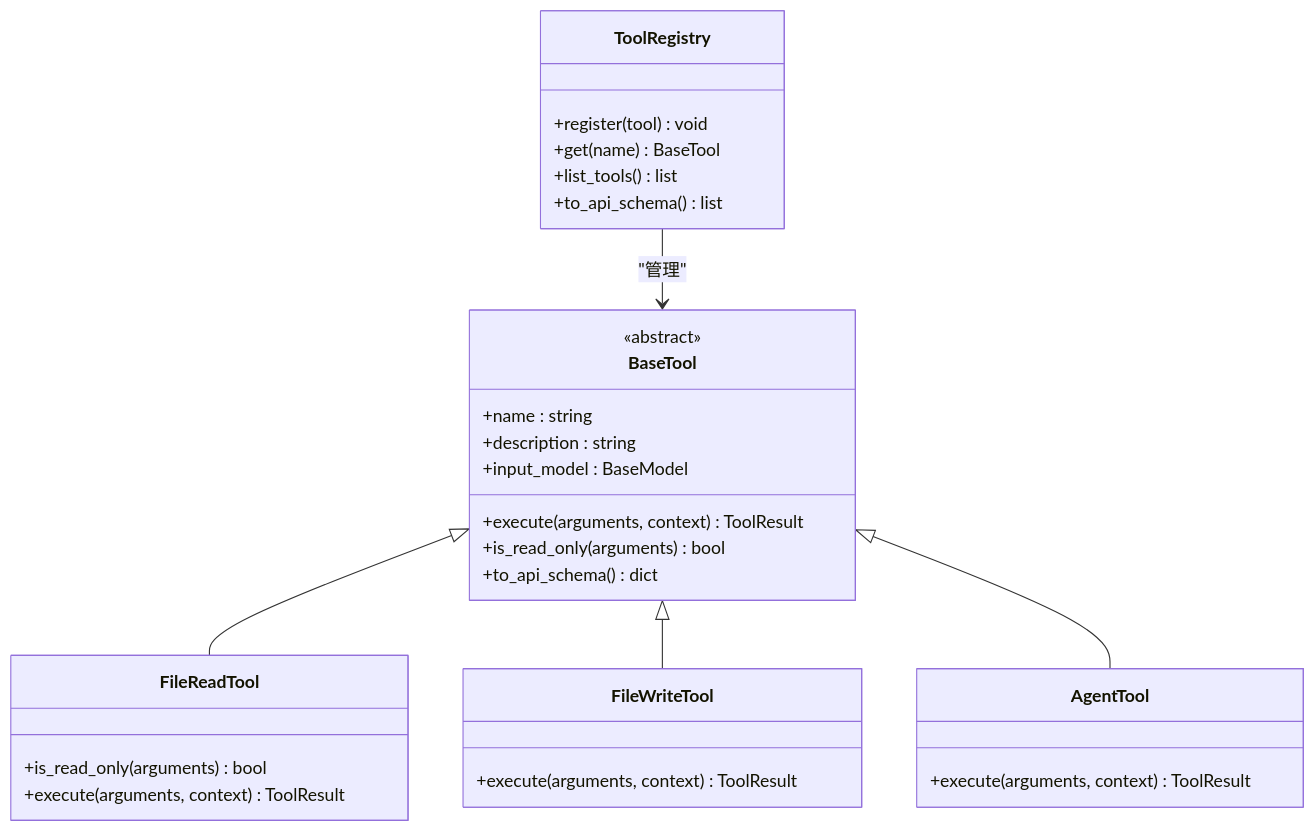
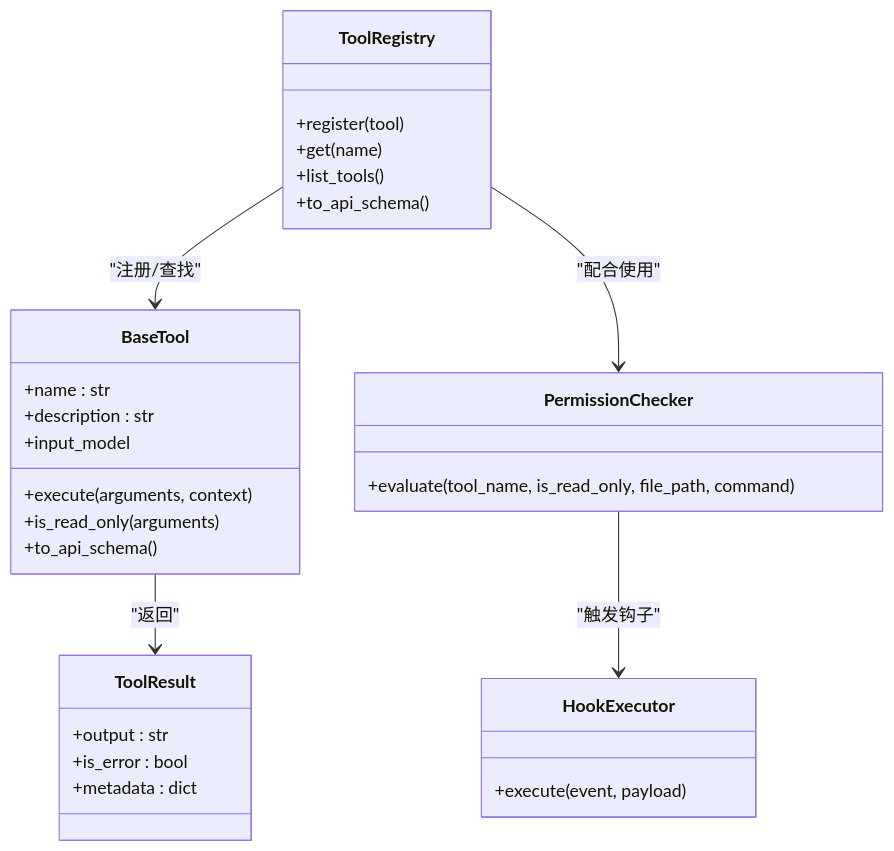
Before and after one commit to haolange/OpenHarness: the fourth of 9 diagrams in .qoder/repowiki/zh/content/核心概念/核心概念.md, drawn with Mermaid. The commit also changed other lines of this file and 222 other files, not shown here.

````diff
--- a/.qoder/repowiki/zh/content/核心概念/核心概念.md
+++ b/.qoder/repowiki/zh/content/核心概念/核心概念.md
@@ -258,32 +238,32 @@
 ```mermaid
 classDiagram
+class ToolRegistry {
++register(tool)
++get(name)
++list_tools()
++to_api_schema()
+}
 class BaseTool {
-<<abstract>>
-+name : string
-+description : string
-+input_model : BaseModel
-+execute(arguments, context) ToolResult
-+is_read_only(arguments) bool
-+to_api_schema() dict
++name : str
++description : str
++input_model
++execute(arguments, context)
++is_read_only(arguments)
++to_api_schema()
 }
-class ToolRegistry {
-+register(tool) void
-+get(name) BaseTool
-+list_tools() list
-+to_api_schema() list
+class ToolResult {
++output : str
++is_error : bool
++metadata : dict
 }
-class FileReadTool {
-+is_read_only(arguments) bool
-+execute(arguments, context) ToolResult
+class PermissionChecker {
++evaluate(tool_name, is_read_only, file_path, command)
 }
-class FileWriteTool {
-+execute(arguments, context) ToolResult
+class HookExecutor {
++execute(event, payload)
 }
-class AgentTool {
-+execute(arguments, context) ToolResult
-}
-BaseTool <|-- FileReadTool
-BaseTool <|-- FileWriteTool
-BaseTool <|-- AgentTool
-ToolRegistry --> BaseTool : "管理"
+ToolRegistry --> BaseTool : "注册/查找"
+BaseTool --> ToolResult : "返回"
+ToolRegistry --> PermissionChecker : "配合使用"
+PermissionChecker --> HookExecutor : "触发钩子"
 ```
````
